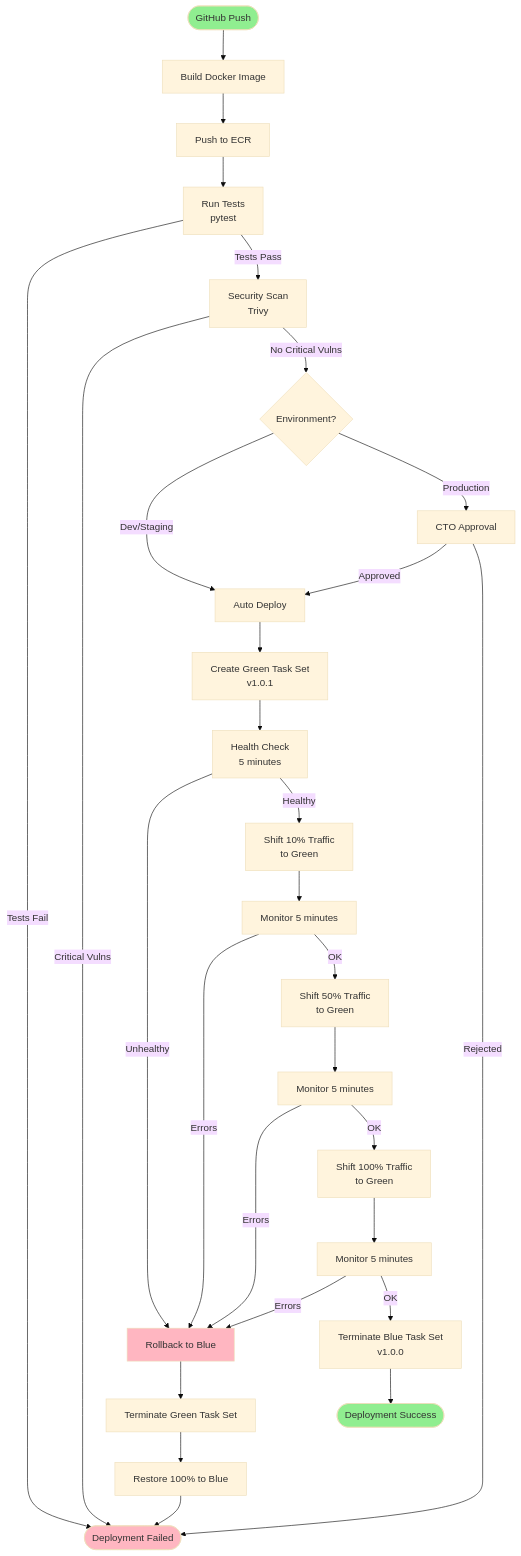
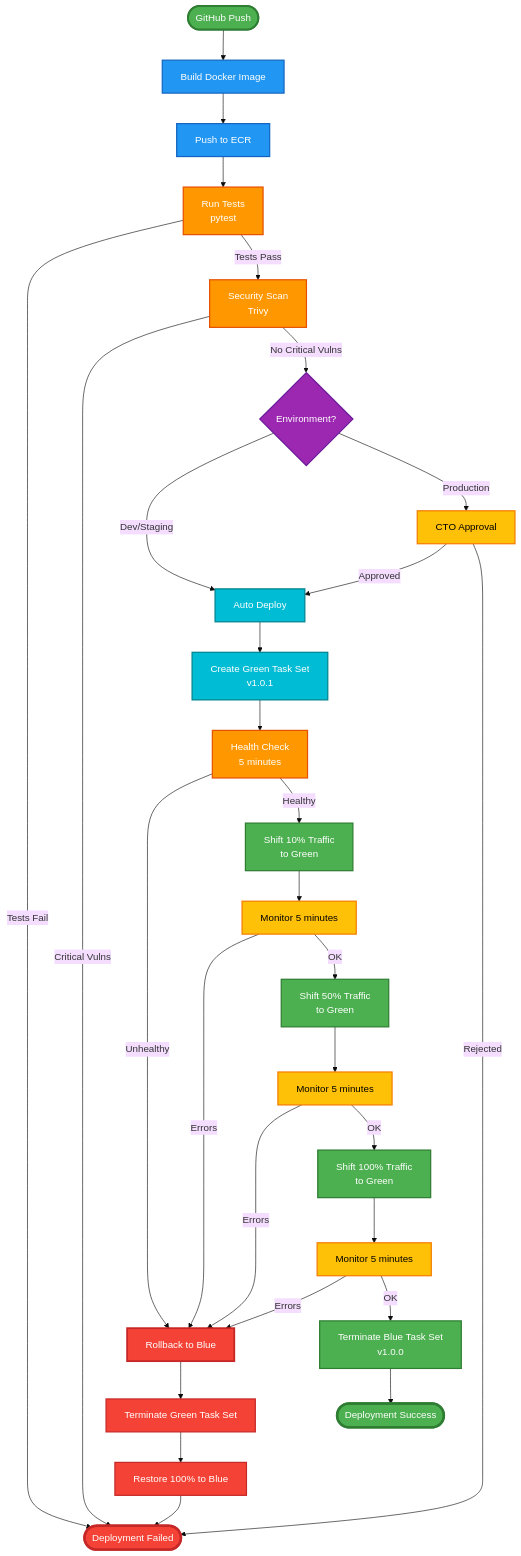
The fifth of 5 diagrams in docs/AWS_INFRASTRUCTURE_ANALYSIS.md (LOOPINX-CIRCLE/LoopinBackend), drawn with Mermaid (base theme) before and after one commit. The commit also changed other lines of this file, not shown here.

First line of the commit message:
docs: Enhance AWS infrastructure diagrams with color coding and styling

````diff
--- a/docs/AWS_INFRASTRUCTURE_ANALYSIS.md
+++ b/docs/AWS_INFRASTRUCTURE_ANALYSIS.md
@@ -525,42 +588,60 @@
 ```mermaid
 flowchart TD
     Start([GitHub Push]) --> Build[Build Docker Image]
     Build --> PushECR[Push to ECR]
     PushECR --> Tests[Run Tests<br/>pytest]
     Tests -->|Tests Fail| Fail([Deployment Failed])
     Tests -->|Tests Pass| Security[Security Scan<br/>Trivy]
     Security -->|Critical Vulns| Fail
     Security -->|No Critical Vulns| Approval{Environment?}
     
     Approval -->|Dev/Staging| AutoDeploy[Auto Deploy]
     Approval -->|Production| ManualApproval[CTO Approval]
     ManualApproval -->|Approved| AutoDeploy
     ManualApproval -->|Rejected| Fail
     
     AutoDeploy --> CreateGreen[Create Green Task Set<br/>v1.0.1]
     CreateGreen --> HealthCheck[Health Check<br/>5 minutes]
     HealthCheck -->|Unhealthy| Rollback[Rollback to Blue]
     HealthCheck -->|Healthy| Shift10[Shift 10% Traffic<br/>to Green]
     
     Shift10 --> Monitor10[Monitor 5 minutes]
     Monitor10 -->|Errors| Rollback
     Monitor10 -->|OK| Shift50[Shift 50% Traffic<br/>to Green]
     
     Shift50 --> Monitor50[Monitor 5 minutes]
     Monitor50 -->|Errors| Rollback
     Monitor50 -->|OK| Shift100[Shift 100% Traffic<br/>to Green]
     
     Shift100 --> Monitor100[Monitor 5 minutes]
     Monitor100 -->|Errors| Rollback
     Monitor100 -->|OK| TerminateBlue[Terminate Blue Task Set<br/>v1.0.0]
     
     TerminateBlue --> Success([Deployment Success])
     Rollback --> TerminateGreen[Terminate Green Task Set]
     TerminateGreen --> RestoreBlue[Restore 100% to Blue]
     RestoreBlue --> Fail
     
-    style Start fill:#90EE90
-    style Success fill:#90EE90
-    style Fail fill:#FFB6C1
-    style Rollback fill:#FFB6C1
+    style Start fill:#4CAF50,stroke:#2E7D32,stroke-width:3px,color:#fff
+    style Build fill:#2196F3,stroke:#1565C0,stroke-width:2px,color:#fff
+    style PushECR fill:#2196F3,stroke:#1565C0,stroke-width:2px,color:#fff
+    style Tests fill:#FF9800,stroke:#E65100,stroke-width:2px,color:#fff
+    style Security fill:#FF9800,stroke:#E65100,stroke-width:2px,color:#fff
+    style Approval fill:#9C27B0,stroke:#6A1B9A,stroke-width:2px,color:#fff
+    style AutoDeploy fill:#00BCD4,stroke:#00838F,stroke-width:2px,color:#fff
+    style ManualApproval fill:#FFC107,stroke:#F57C00,stroke-width:2px,color:#000
+    style CreateGreen fill:#00BCD4,stroke:#00838F,stroke-width:2px,color:#fff
+    style HealthCheck fill:#FF9800,stroke:#E65100,stroke-width:2px,color:#fff
+    style Shift10 fill:#4CAF50,stroke:#2E7D32,stroke-width:2px,color:#fff
+    style Shift50 fill:#4CAF50,stroke:#2E7D32,stroke-width:2px,color:#fff
+    style Shift100 fill:#4CAF50,stroke:#2E7D32,stroke-width:2px,color:#fff
+    style Monitor10 fill:#FFC107,stroke:#F57C00,stroke-width:2px,color:#000
+    style Monitor50 fill:#FFC107,stroke:#F57C00,stroke-width:2px,color:#000
+    style Monitor100 fill:#FFC107,stroke:#F57C00,stroke-width:2px,color:#000
+    style TerminateBlue fill:#4CAF50,stroke:#2E7D32,stroke-width:2px,color:#fff
+    style Success fill:#4CAF50,stroke:#2E7D32,stroke-width:4px,color:#fff
+    style Fail fill:#F44336,stroke:#C62828,stroke-width:4px,color:#fff
+    style Rollback fill:#F44336,stroke:#C62828,stroke-width:3px,color:#fff
+    style TerminateGreen fill:#F44336,stroke:#C62828,stroke-width:2px,color:#fff
+    style RestoreBlue fill:#F44336,stroke:#C62828,stroke-width:2px,color:#fff
 ```
````
